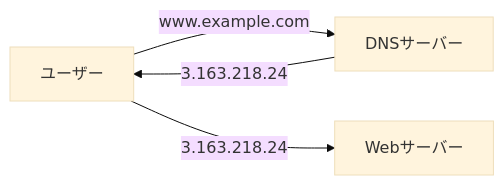
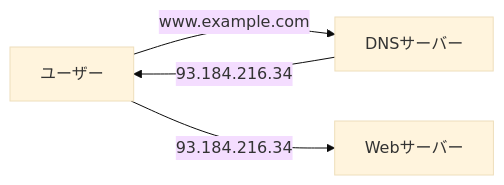
One commit to x86-unix/docs changed the eighth of 21 diagrams in training/basics.md. Above: the diagram before and after it, drawn with Mermaid (base theme). The commit also changed other lines of this file, not shown here.

Commit message:
feat: DOJO第2回 ExampleCorp環境編をマージ（NW構成/Proxy/DNS/認証/コスト/監視/窓口）

````diff
--- a/training/basics.md
+++ b/training/basics.md
@@ -908,6 +372,6 @@
 ```mermaid
 graph LR
     User[ユーザー] -->|www.example.com| DNS[DNSサーバー]
-    DNS -->|3.163.218.24| User
-    User -->|3.163.218.24| Server[Webサーバー]
+    DNS -->|93.184.216.34| User
+    User -->|93.184.216.34| Server[Webサーバー]
 ```
````
